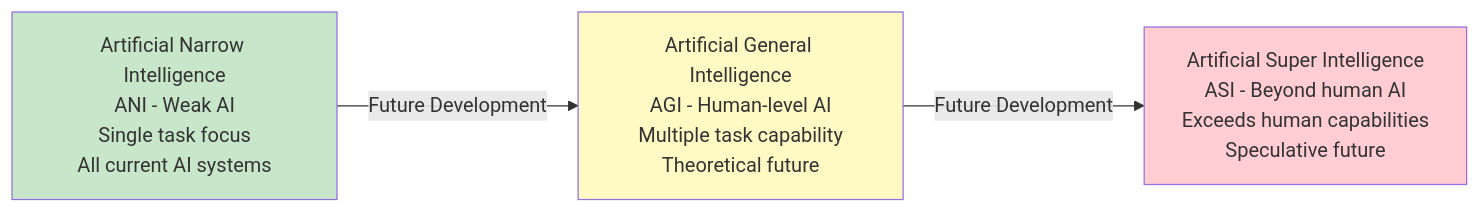
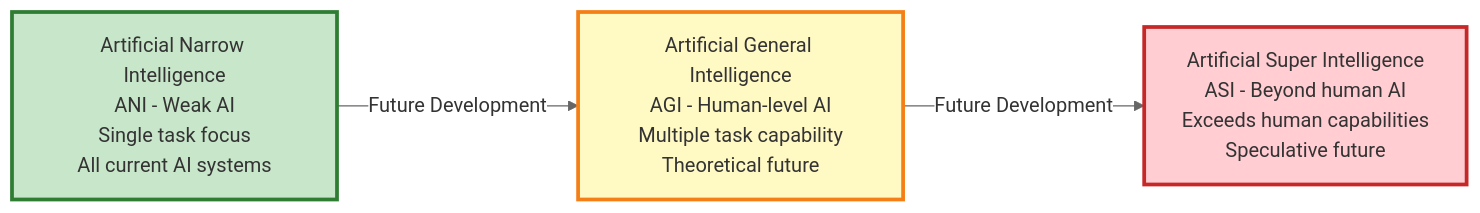
Before and after one commit to kishorekkota/kishorekkota.github.io: the second of 28 diagrams in llm_ai/ai_concepts_visualizations.md, drawn with Mermaid. The commit also changed other lines of this file and 5 other files, not shown here.

First line of the commit message:
Enhance Mermaid diagrams and fix syntax errors

````diff
--- a/llm_ai/ai_concepts_visualizations.md
+++ b/llm_ai/ai_concepts_visualizations.md
@@ -30,13 +33,16 @@
 ```mermaid
+%%{init: {'theme':'base', 'themeVariables': { 'primaryColor': '#ffffff', 'primaryTextColor': '#333333', 'primaryBorderColor': '#cccccc', 'lineColor': '#666666'}}}%%
 graph LR
     ANI[Artificial Narrow Intelligence<br/>ANI - Weak AI<br/>Single task focus<br/>All current AI systems]
     AGI[Artificial General Intelligence<br/>AGI - Human-level AI<br/>Multiple task capability<br/>Theoretical future]
     ASI[Artificial Super Intelligence<br/>ASI - Beyond human AI<br/>Exceeds human capabilities<br/>Speculative future]
     
     ANI -->|Future Development| AGI
     AGI -->|Future Development| ASI
     
-    style ANI fill:#c8e6c9
-    style AGI fill:#fff9c4
-    style ASI fill:#ffcdd2
+    style ANI fill:#c8e6c9,stroke:#2e7d32,stroke-width:3px
+    style AGI fill:#fff9c4,stroke:#f57f17,stroke-width:3px
+    style ASI fill:#ffcdd2,stroke:#c62828,stroke-width:3px
+
+
 ```
````
